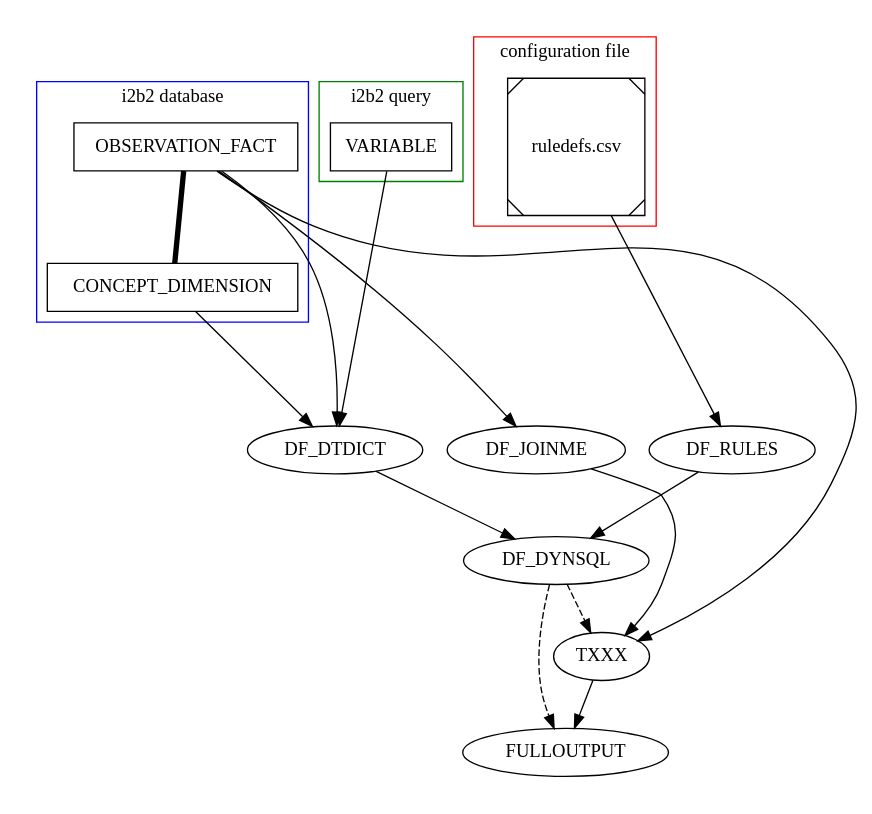
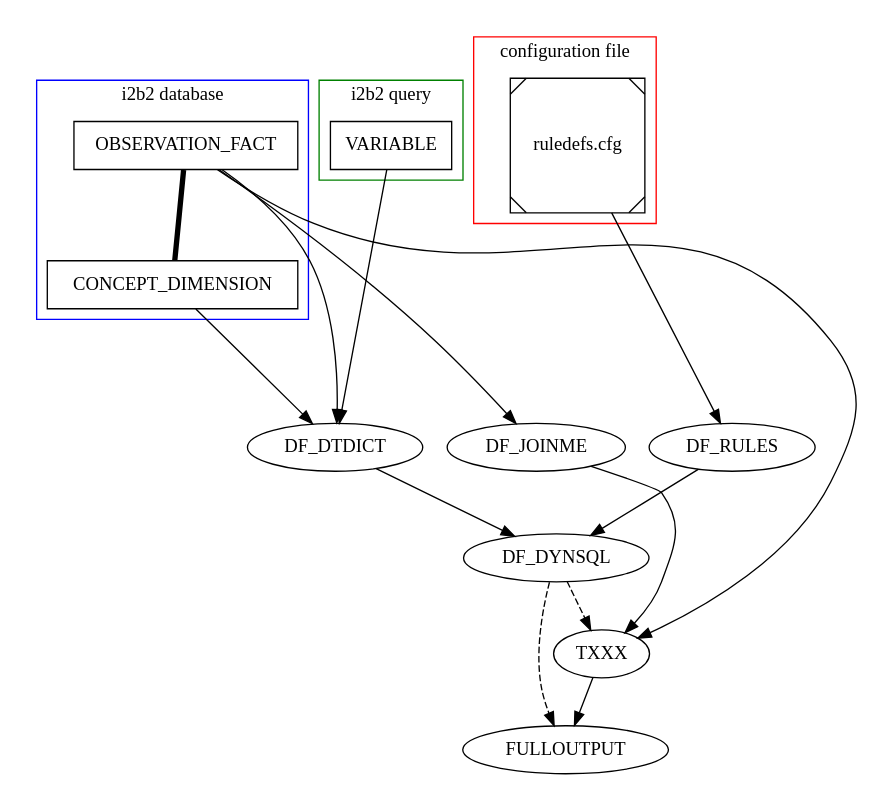
Before and after one commit to UTHSCSA-CIRD/datafinisher: the diagram in docs/df_simplified.dot, drawn with Graphviz.

Commit message:
Changed name of config file in df_simplified.dot

```diff
--- a/docs/df_simplified.dot
+++ b/docs/df_simplified.dot
@@ -1,19 +1,19 @@
 digraph df {
 subgraph cluster_inputs {style=invis;
 subgraph cluster_db {label="i2b2 query" style="" color=green; node [shape=rectangle]; VARIABLE;}
 subgraph cluster_i2b2 {label="i2b2 database" style="" color=blue; node [shape=rectangle]; OBSERVATION_FACT -> CONCEPT_DIMENSION [dir=none, penwidth=4];}
-subgraph cluster_conf {label="configuration file" style="" color=red; RULES_FILE [label="ruledefs.csv",shape=Msquare];}
+subgraph cluster_conf {label="configuration file" style="" color=red; RULES_FILE [label="ruledefs.cfg",shape=Msquare];}
 }
 subgraph cluster_df {label=DataFinisher; style=invis; subgraph cluster_df0 {DF_RULES; DF_DTDICT; DF_JOINME;} subgraph cluster_df1 {DF_DYNSQL;TXXX}; FULLOUTPUT;}
 RULES_FILE -> DF_RULES;
 OBSERVATION_FACT -> DF_JOINME; 
 VARIABLE -> DF_DTDICT;
 OBSERVATION_FACT -> DF_DTDICT [weight=20 len=5];
 CONCEPT_DIMENSION -> DF_DTDICT [weight=10 len=5];
 DF_RULES -> DF_DYNSQL;
 DF_DTDICT -> DF_DYNSQL;
 {OBSERVATION_FACT DF_JOINME} -> TXXX;
 TXXX -> FULLOUTPUT;
 DF_DYNSQL -> {TXXX FULLOUTPUT} [style=dashed];
 
 }
```
